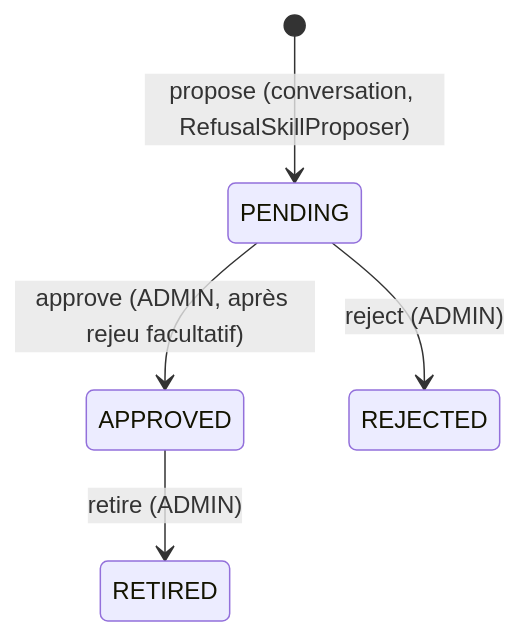
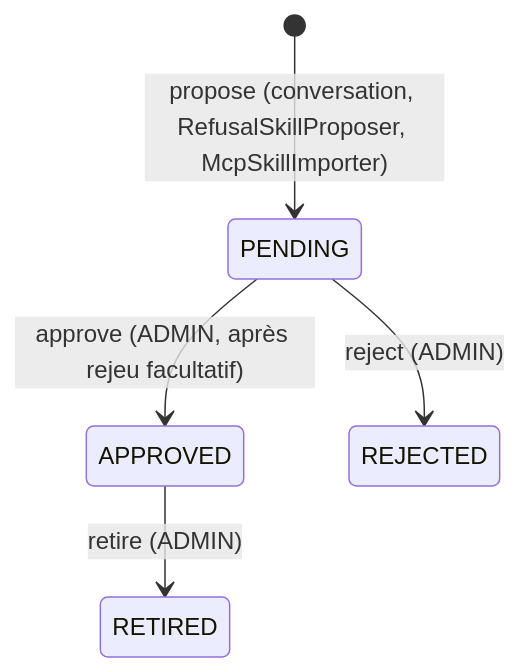
One commit to devdownin/Kex-anHarness changed the eighth of 9 diagrams in docs/ARCHITECTURE-LOGICIELLE.md. Above: the diagram before and after it, drawn with Mermaid. The commit also changed other lines of this file and 6 other files, not shown here.

First line of the commit message:
docs : guide pédagogique et architecture à jour (chiffres, audit chaîné, import des compétences)

````diff
--- a/docs/ARCHITECTURE-LOGICIELLE.md
+++ b/docs/ARCHITECTURE-LOGICIELLE.md
@@ -471,7 +474,7 @@
 ```mermaid
 stateDiagram-v2
-    [*] --> PENDING: propose (conversation, RefusalSkillProposer)
+    [*] --> PENDING: propose (conversation, RefusalSkillProposer, McpSkillImporter)
     PENDING --> APPROVED: approve (ADMIN, après rejeu facultatif)
     PENDING --> REJECTED: reject (ADMIN)
     APPROVED --> RETIRED: retire (ADMIN)
 ```
````
